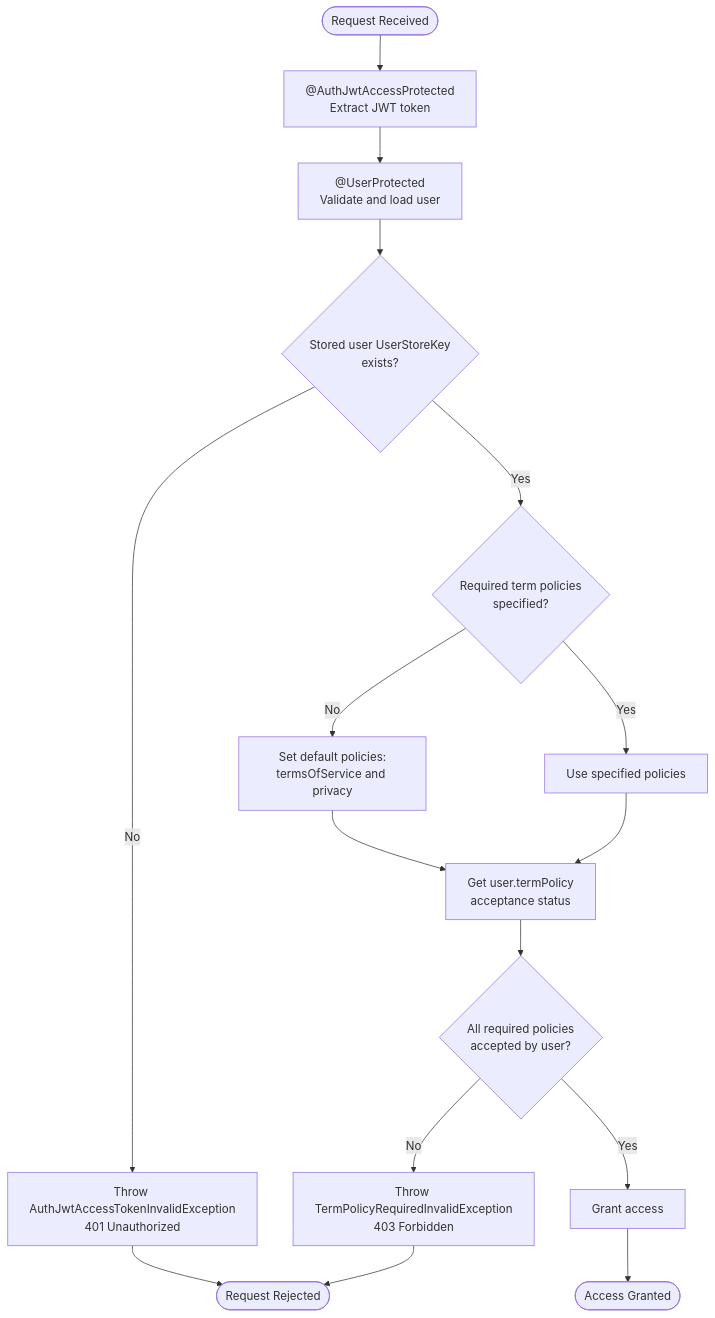
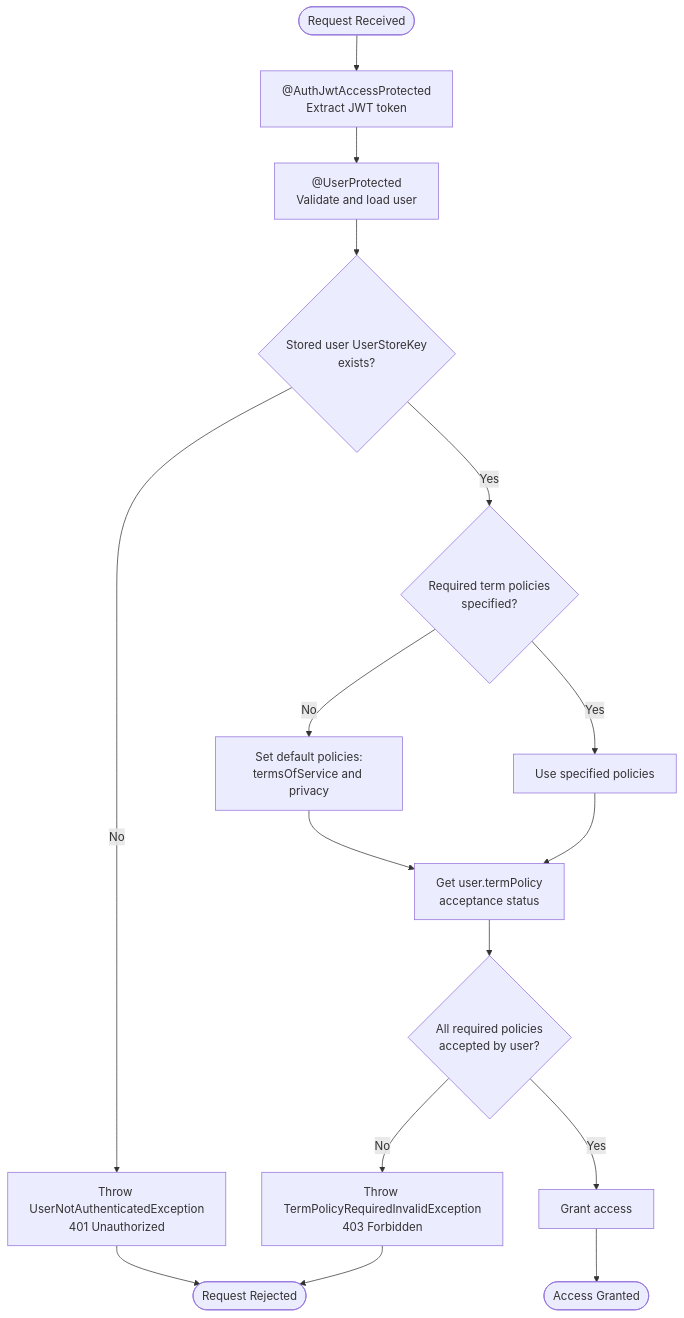
The fourth of 5 diagrams in docs/authorization.md (andrechristikan/ack-nestjs-boilerplate), drawn with Mermaid before and after one commit. The commit also changed other lines of this file and 387 other files, not shown here.

Commit message:
refactor: Base pagination search, activity-log naming, FCM token retry, and typed error handling

````diff
--- a/docs/authorization.md
+++ b/docs/authorization.md
@@ -592,25 +591,25 @@
 ```mermaid
 flowchart TD
     Start([Request Received]) --> JwtGuard[ @AuthJwtAccessProtected<br/>Extract JWT token]
     JwtGuard --> UserGuard[ @UserProtected<br/>Validate and load user]
     UserGuard --> CheckUser{Stored user UserStoreKey<br/>exists?}
 
-    CheckUser -->|No| ErrorUser[Throw AuthJwtAccessTokenInvalidException<br/>401 Unauthorized]
+    CheckUser -->|No| ErrorUser[Throw UserNotAuthenticatedException<br/>401 Unauthorized]
     CheckUser -->|Yes| CheckRequired{Required term policies<br/>specified?}
 
     CheckRequired -->|No| SetDefault[Set default policies:<br/>termsOfService and privacy]
     CheckRequired -->|Yes| UseSpecified[Use specified policies]
 
     SetDefault --> GetTermPolicy[Get user.termPolicy<br/>acceptance status]
     UseSpecified --> GetTermPolicy
 
     GetTermPolicy --> CheckAcceptance{All required policies<br/>accepted by user?}
 
     CheckAcceptance -->|No| ErrorRequired[Throw TermPolicyRequiredInvalidException<br/>403 Forbidden]
     CheckAcceptance -->|Yes| GrantAccess[Grant access]
 
     GrantAccess --> Success([Access Granted])
 
     ErrorUser --> End([Request Rejected])
     ErrorRequired --> End
 ```
````
